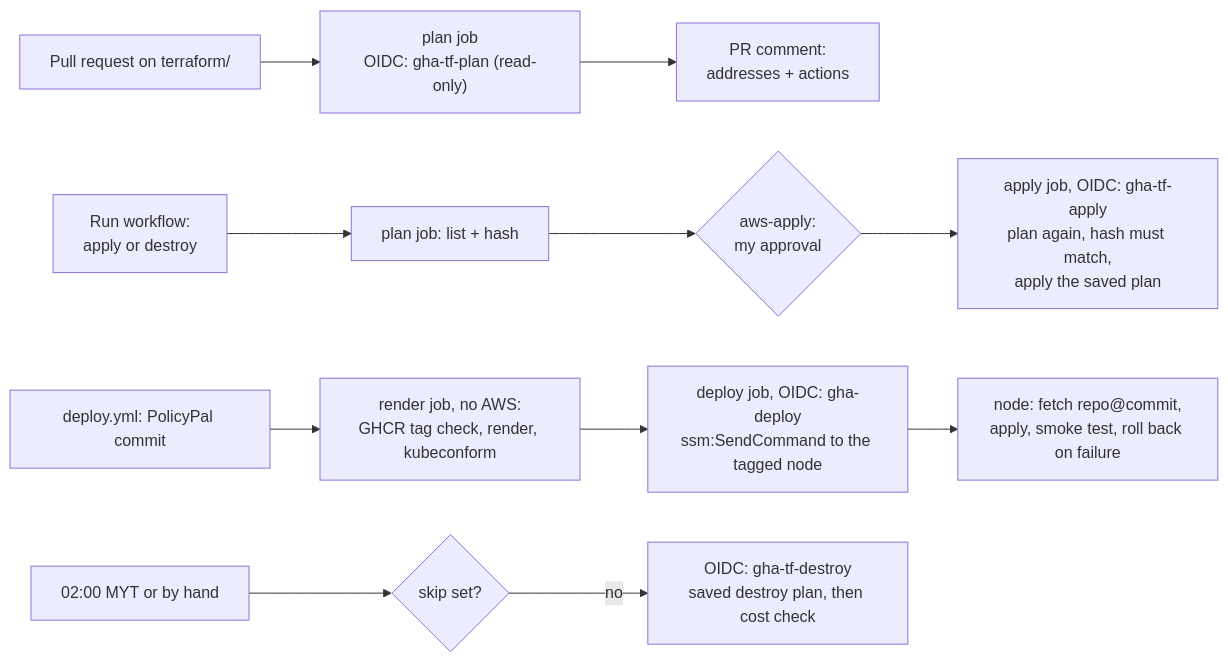
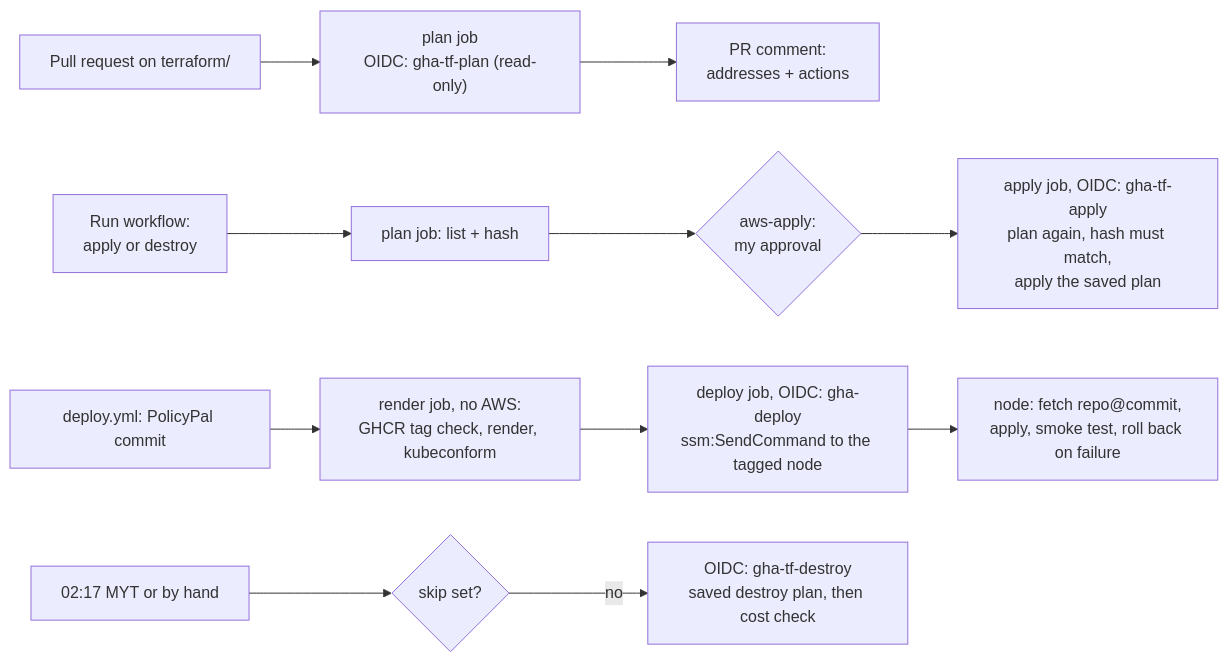
The third of 3 diagrams in docs/architecture.md (toolikheng/devops-platform), drawn with Mermaid before and after one commit. The commit also changed other lines of this file and 9 other files, not shown here.

````diff
--- a/docs/architecture.md
+++ b/docs/architecture.md
@@ -118,13 +118,13 @@
 ```mermaid
 flowchart LR
     pr[Pull request on terraform/] --> plan["plan job<br/>OIDC: gha-tf-plan (read-only)"]
     plan --> comment[PR comment:<br/>addresses + actions]
     dispatch[Run workflow:<br/>apply or destroy] --> plan2["plan job: list + hash"]
     plan2 --> gate{"aws-apply:<br/>my approval"}
     gate --> apply["apply job, OIDC: gha-tf-apply<br/>plan again, hash must match,<br/>apply the saved plan"]
     deploy[deploy.yml: PolicyPal commit] --> render["render job, no AWS:<br/>GHCR tag check, render, kubeconform"]
     render --> send["deploy job, OIDC: gha-deploy<br/>ssm:SendCommand to the tagged node"]
     send --> node["node: fetch repo@commit,<br/>apply, smoke test, roll back on failure"]
-    cron["02:00 MYT or by hand"] --> skip{"skip set?"}
+    cron["02:17 MYT or by hand"] --> skip{"skip set?"}
     skip -->|no| destroy["OIDC: gha-tf-destroy<br/>saved destroy plan, then cost check"]
 ```
````
